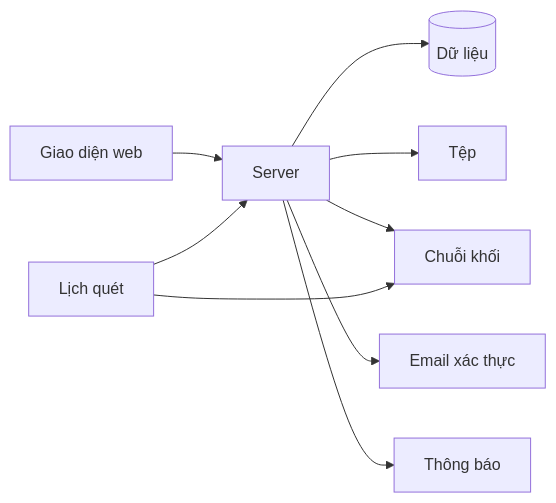
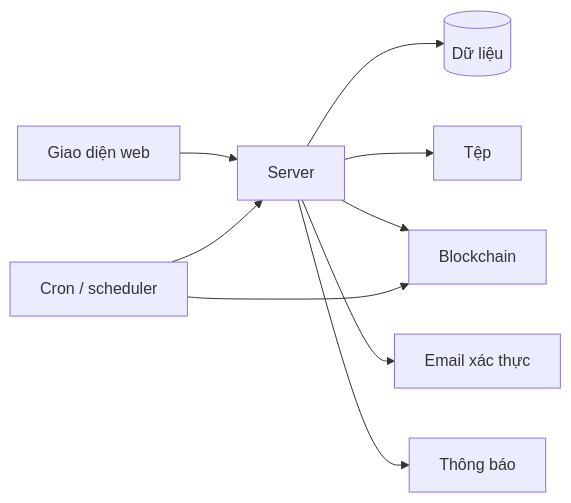
One commit to dmt041104111003/docs-nckh changed the second of 4 diagrams in system.md. Above: the diagram before and after it, drawn with Mermaid. The commit also changed other lines of this file and 9 other files, not shown here.

````diff
--- a/system.md
+++ b/system.md
@@ -39,11 +54,11 @@
 ```mermaid
 flowchart LR
   Web[Giao diện web] --> API[Server]
   API --> DB[(Dữ liệu)]
   API --> File[Tệp]
-  API --> Chain[Chuỗi khối]
+  API --> Chain[Blockchain]
   API --> Mail[Email xác thực]
   API --> TB[Thông báo]
-  Hen[Lịch quét] --> API
-  Hen --> Chain
+  Cron[Cron / scheduler] --> API
+  Cron --> Chain
 ```
````
